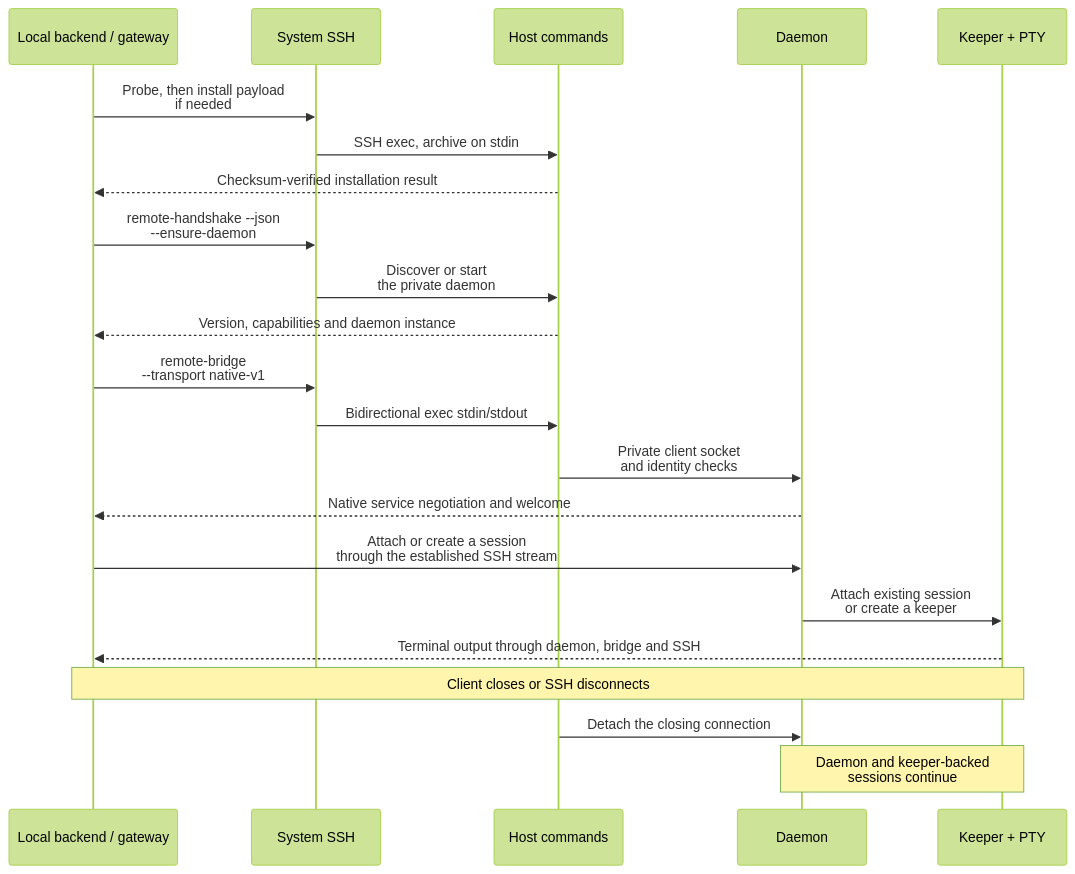
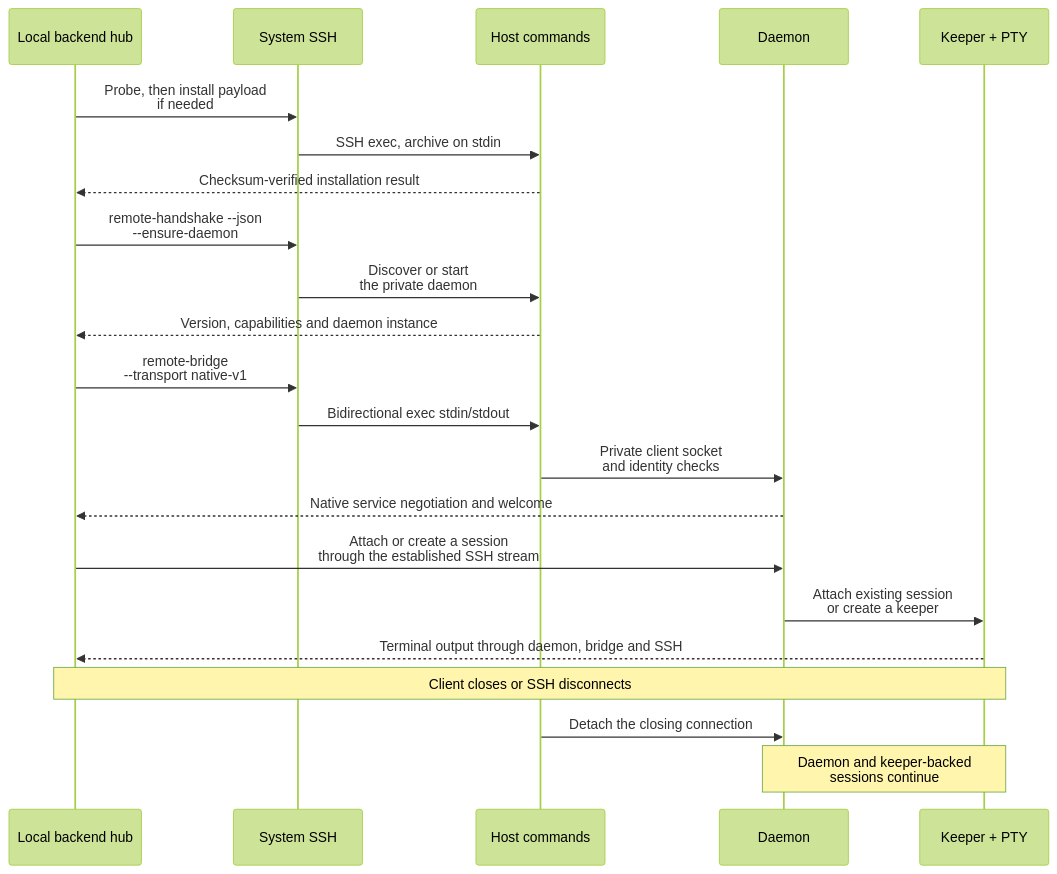
Before and after one commit to npgrosser/splitty: the third of 3 diagrams in docs/networking.md, drawn with Mermaid (forest theme). The commit also changed other lines of this file and 482 other files, not shown here.

````diff
--- a/docs/networking.md
+++ b/docs/networking.md
@@ -95,24 +76,24 @@
 ```mermaid
 sequenceDiagram
-  participant Client as Local backend / gateway
+  participant Client as Local backend hub
   participant SSH as System SSH
   participant Host as Host commands
   participant Daemon as Daemon
   participant Keeper as Keeper + PTY
   Client->>SSH: Probe, then install payload<br/>if needed
   SSH->>Host: SSH exec, archive on stdin
   Host-->>Client: Checksum-verified installation result
   Client->>SSH: remote-handshake --json<br/>--ensure-daemon
   SSH->>Host: Discover or start<br/>the private daemon
   Host-->>Client: Version, capabilities and daemon instance
   Client->>SSH: remote-bridge<br/>--transport native-v1
   SSH->>Host: Bidirectional exec stdin/stdout
   Host->>Daemon: Private client socket<br/>and identity checks
   Daemon-->>Client: Native service negotiation and welcome
   Client->>Daemon: Attach or create a session<br/>through the established SSH stream
   Daemon->>Keeper: Attach existing session<br/>or create a keeper
   Keeper-->>Client: Terminal output through daemon, bridge and SSH
   Note over Client,Keeper: Client closes or SSH disconnects
   Host->>Daemon: Detach the closing connection
   Note over Daemon,Keeper: Daemon and keeper-backed<br/>sessions continue
 ```
````
